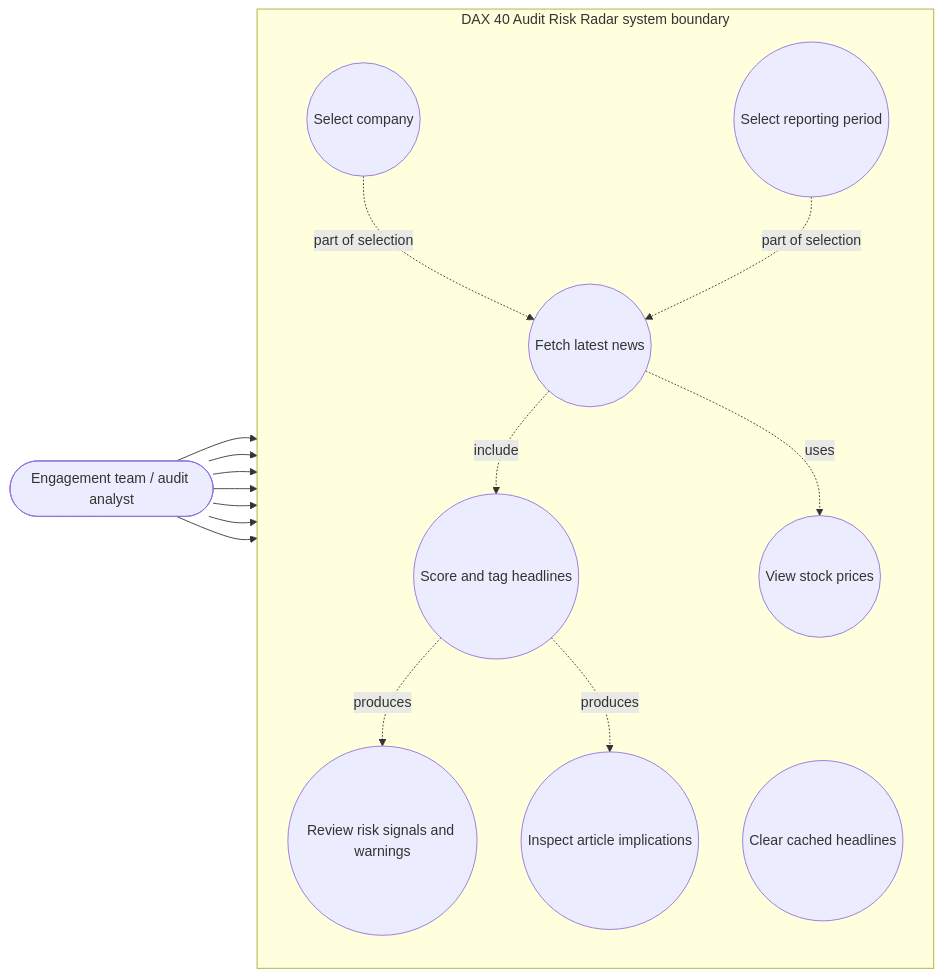
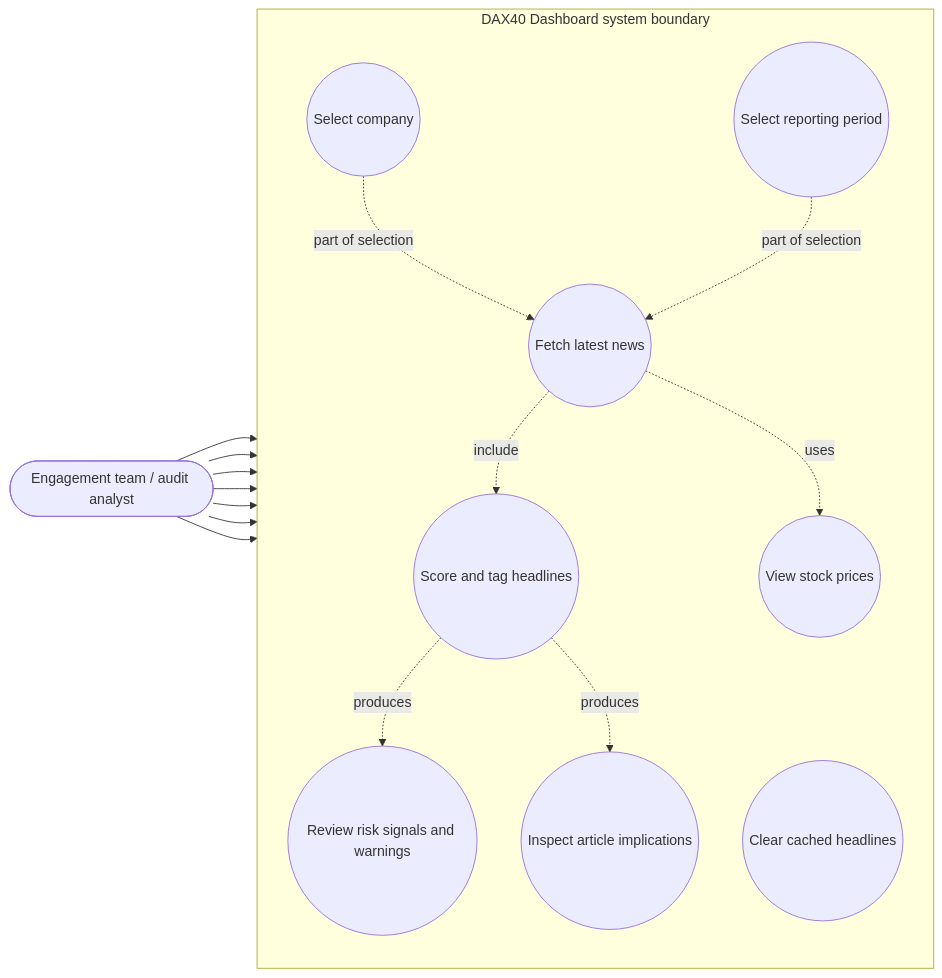
One commit to lasse133/DaxDataDashboard changed the first of 2 diagrams in README.md. Above: the diagram before and after it, drawn with Mermaid. The commit also changed other lines of this file and 11 other files, not shown here.

Commit message:
Update DAX dashboard

````diff
--- a/README.md
+++ b/README.md
@@ -29,31 +29,31 @@
 ```mermaid
 flowchart LR
   analyst([Engagement team / audit analyst])
 
-  subgraph boundary["DAX 40 Audit Risk Radar system boundary"]
+  subgraph boundary["DAX40 Dashboard system boundary"]
     direction TB
     select((Select company))
     period((Select reporting period))
     fetch((Fetch latest news))
     score((Score and tag headlines))
     review((Review risk signals and warnings))
     implications((Inspect article implications))
     prices((View stock prices))
     clear((Clear cached headlines))
   end
 
   analyst --> select
   analyst --> period
   analyst --> fetch
   analyst --> review
   analyst --> implications
   analyst --> prices
   analyst --> clear
 
   select -.->|part of selection| fetch
   period -.->|part of selection| fetch
   fetch -.->|include| score
   score -.->|produces| review
   score -.->|produces| implications
   fetch -.->|uses| prices
 ```
````
